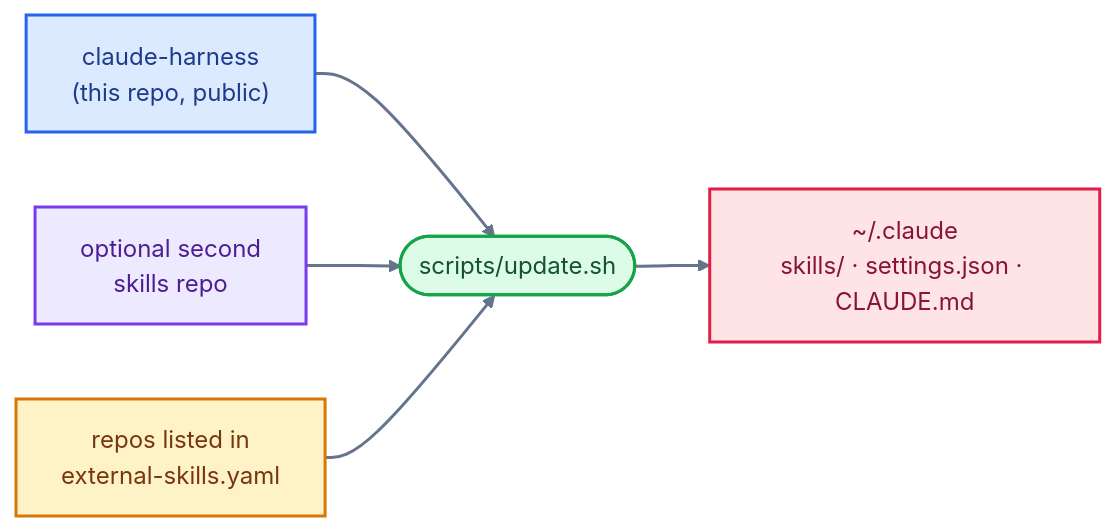
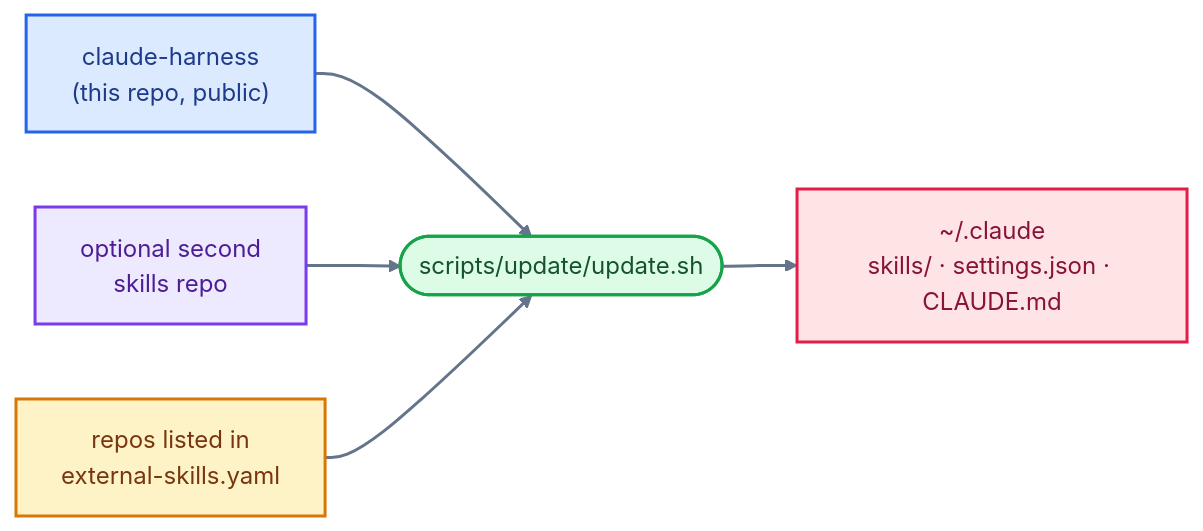
One commit to araltiparmak/claude-harness changed the diagram in README.md. Above: the diagram before and after it, drawn with Mermaid. The commit also changed other lines of this file and 17 other files, not shown here.

````diff
--- a/README.md
+++ b/README.md
@@ -9,23 +9,23 @@
 ```mermaid
 flowchart LR
   H["claude-harness<br/>(this repo, public)"]
   P["optional second<br/>skills repo"]
   S["repos listed in<br/>external-skills.yaml"]
-  U(["scripts/update.sh"])
+  U(["scripts/update/update.sh"])
   C["~/.claude<br/>skills/ · settings.json · CLAUDE.md"]
   H --> U
   P --> U
   S --> U
   U --> C
   classDef repo fill:#dbeafe,stroke:#2563eb,stroke-width:2px,color:#1e3a8a
   classDef private fill:#ede9fe,stroke:#7c3aed,stroke-width:2px,color:#4c1d95
   classDef external fill:#fef3c7,stroke:#d97706,stroke-width:2px,color:#78350f
   classDef script fill:#dcfce7,stroke:#16a34a,stroke-width:2px,color:#14532d
   classDef target fill:#ffe4e6,stroke:#e11d48,stroke-width:2px,color:#881337
   class H repo
   class P private
   class S external
   class U script
   class C target
   linkStyle default stroke:#64748b,stroke-width:2px
 ```
````
